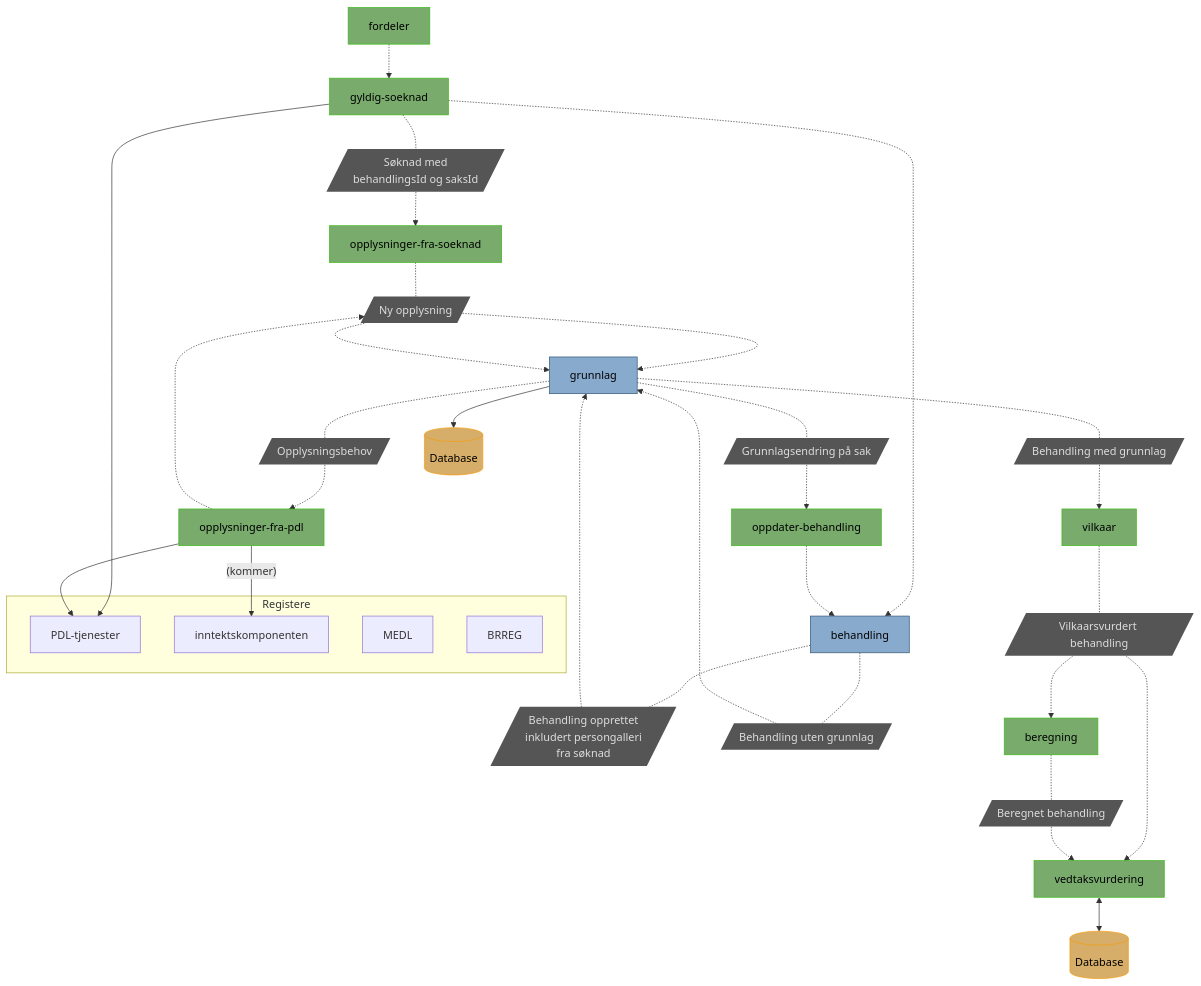
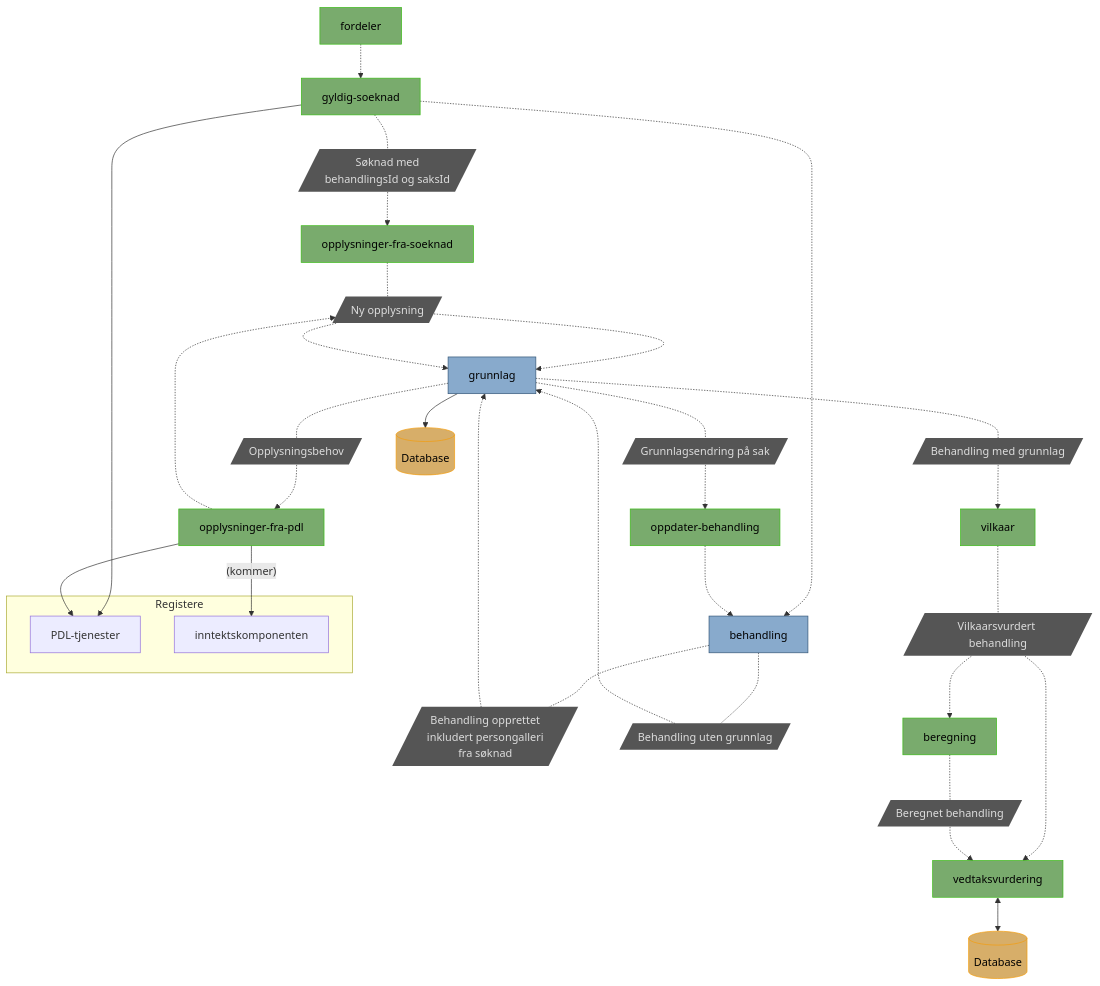
Before and after one commit to navikt/pensjon-etterlatte-saksbehandling: the diagram in README.md, drawn with Mermaid. The commit also changed other lines of this file and 27 other files, not shown here.

````diff
--- a/README.md
+++ b/README.md
@@ -90,43 +87,41 @@
 ```mermaid
 flowchart TD
 
 classDef front fill:#BA99D2FF,color:#000,stroke:#C488F0FF
 classDef app fill:#88AACC,color:#000,stroke:#335577
 classDef db fill:#D7AE69FF,color:#000,stroke:#F39D0CFF
 classDef kafka fill:#79ab6d,color:#000,stroke:#39ba15
 classDef msg fill:#555,color:#ddd,stroke:none
 
 fordeler:::kafka -.-> gyldig-soeknad
 
 gyldig-soeknad:::kafka -.- t1[/"S&oslash;knad med\n behandlingsId og saksId"/]:::msg -.-> opplysninger-fra-soeknad
 gyldig-soeknad -.-> behandling:::app
 gyldig-soeknad --> pdl
 
 behandling -.- t2[/"Behandling opprettet\n inkludert persongalleri\n fra s&oslash;knad"/]:::msg -.-> grunnlag
 behandling -.- t3[/"Behandling uten grunnlag"/]:::msg -.-> grunnlag
 
 subgraph registere["Registere"]
     pdl["PDL-tjenester"]
     inntektskomponenten
-    MEDL
-    BRREG
 end
 
 opplysninger-fra-soeknad:::kafka -.- t5[/"Ny opplysning"/]:::msg -.-> grunnlag:::app
 opplysninger-fra-pdl:::kafka --> pdl
 opplysninger-fra-pdl -- "(kommer)" --> inntektskomponenten
 opplysninger-fra-pdl -.->  t5 -.-> grunnlag
 
 oppdater-behandling -.-> behandling
 
 grunnlag -.- t6[/"Opplysningsbehov"/]:::msg -.-> opplysninger-fra-pdl
 grunnlag -.- t7[/"Grunnlagsendring p&aring; sak"/]:::msg -.-> oppdater-behandling:::kafka
 grunnlag -.- t8[/"Behandling med grunnlag"/]:::msg -.-> vilkaar:::kafka
 grunnlag --> database[(Database)]:::db
 
 vilkaar -.- t9[/"Vilkaarsvurdert behandling"/]:::msg -.-> vedtaksvurdering:::kafka
 t9 -.-> beregning:::kafka
 beregning -.- t11[/"Beregnet behandling"/]:::msg -.-> vedtaksvurdering
 
 vedtaksvurdering <--> db2[(Database)]:::db
 ```
````
